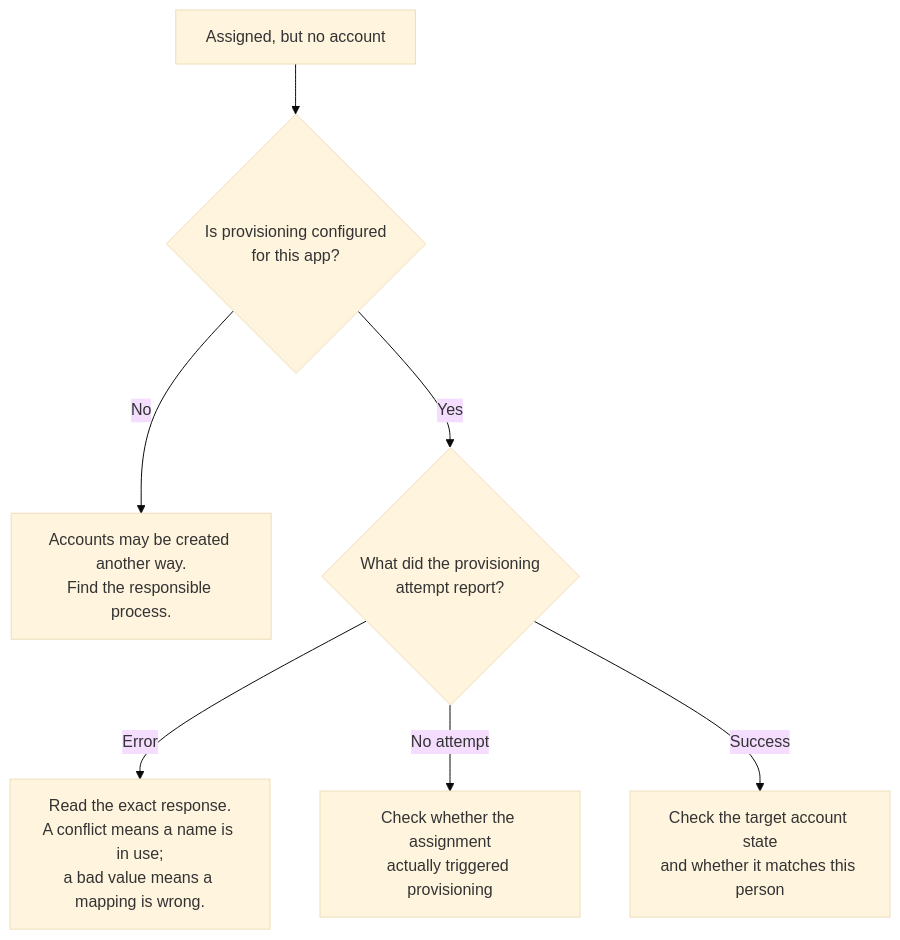
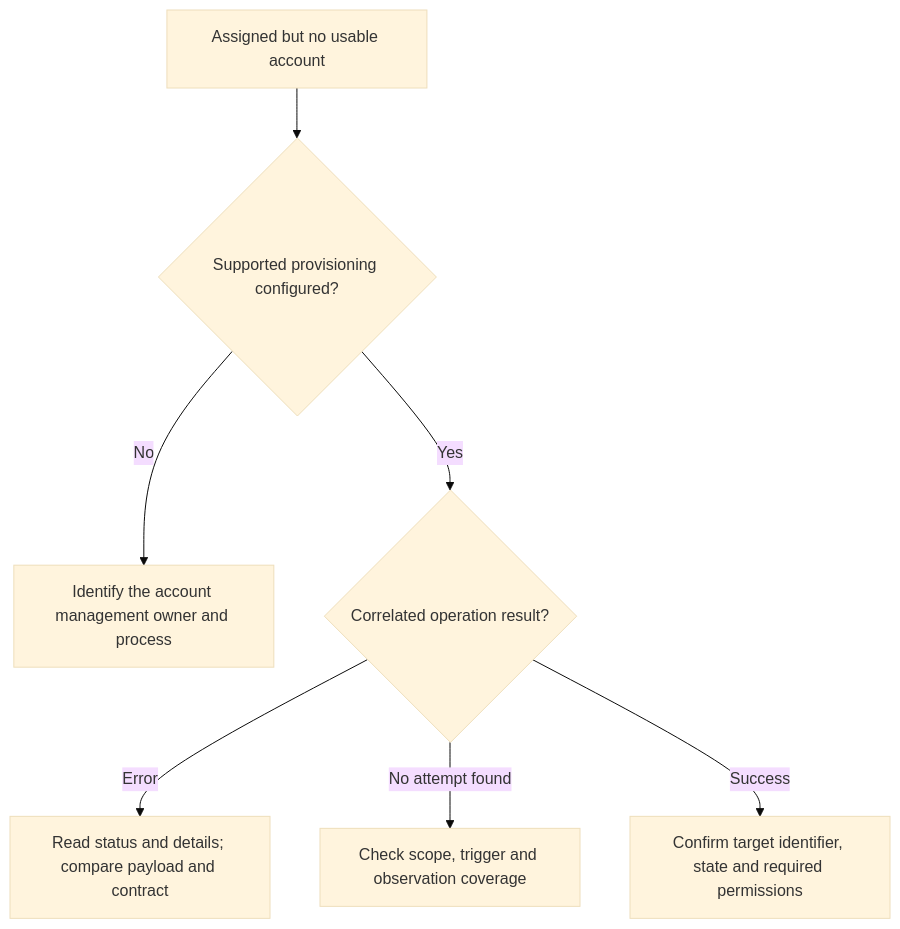
One commit to TedxHarry/Okta_Theory changed the third of 7 diagrams in reference/troubleshooting-playbook.md. Above: the diagram before and after it, drawn with Mermaid (base theme). The commit also changed other lines of this file and 63 other files, not shown here.

Commit message:
Clarify course references and repair Pages navigation and diagrams

````diff
--- a/reference/troubleshooting-playbook.md
+++ b/reference/troubleshooting-playbook.md
@@ -50,9 +53,9 @@
 ```mermaid
 flowchart TD
-  S["Assigned, but no account"] --> Q1{"Is provisioning configured<br/>for this app?"}
-  Q1 -->|No| A1["Accounts may be created another way.<br/>Find the responsible process."]
-  Q1 -->|Yes| Q2{"What did the provisioning<br/>attempt report?"}
-  Q2 -->|Error| A2["Read the exact response.<br/>A conflict means a name is in use;<br/>a bad value means a mapping is wrong."]
-  Q2 -->|No attempt| A3["Check whether the assignment<br/>actually triggered provisioning"]
-  Q2 -->|Success| A4["Check the target account state<br/>and whether it matches this person"]
+  S["Assigned but no usable account"] --> Q1{"Supported provisioning configured?"}
+  Q1 -->|No| A1["Identify the account management owner and process"]
+  Q1 -->|Yes| Q2{"Correlated operation result?"}
+  Q2 -->|Error| A2["Read status and details; compare payload and contract"]
+  Q2 -->|No attempt found| A3["Check scope, trigger and observation coverage"]
+  Q2 -->|Success| A4["Confirm target identifier, state and required permissions"]
 ```
````
